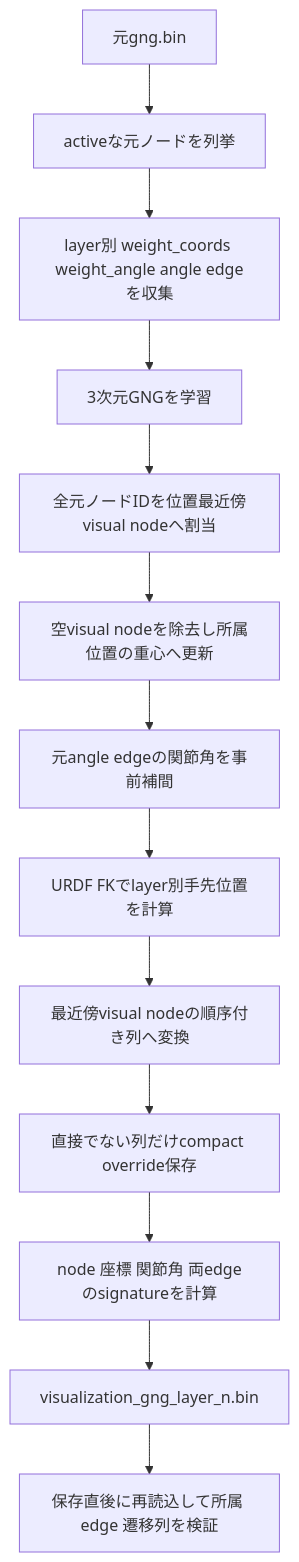
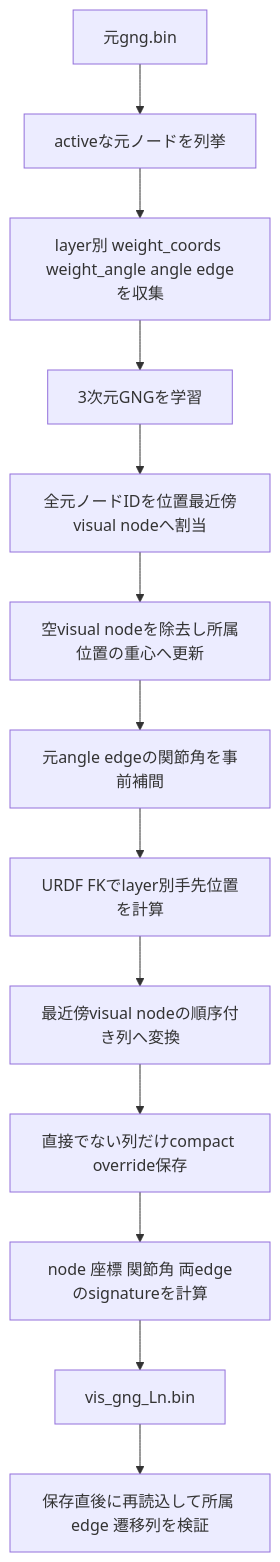
The sixth of 7 diagrams in gng_vlut_system/docs/TECHNICAL_SPEC.md (uraki-UH/arm_avoidance), drawn with Mermaid before and after one commit. The commit also changed other lines of this file and 1 other file, not shown here.

````diff
--- a/gng_vlut_system/docs/TECHNICAL_SPEC.md
+++ b/gng_vlut_system/docs/TECHNICAL_SPEC.md
@@ -547,15 +552,15 @@
 ```mermaid
 flowchart TD
     A[元gng.bin] --> B[activeな元ノードを列挙]
     B --> C[layer別 weight_coords weight_angle angle edgeを収集]
     C --> D[3次元GNGを学習]
     D --> E[全元ノードIDを位置最近傍visual nodeへ割当]
     E --> F[空visual nodeを除去し所属位置の重心へ更新]
     F --> G[元angle edgeの関節角を事前補間]
     G --> H[URDF FKでlayer別手先位置を計算]
     H --> I[最近傍visual nodeの順序付き列へ変換]
     I --> J[直接でない列だけcompact override保存]
     J --> K[node 座標 関節角 両edgeのsignatureを計算]
-    K --> L[visualization_gng_layer_n.bin]
+    K --> L[vis_gng_Ln.bin]
     L --> M[保存直後に再読込して所属 edge 遷移列を検証]
 ```
````
